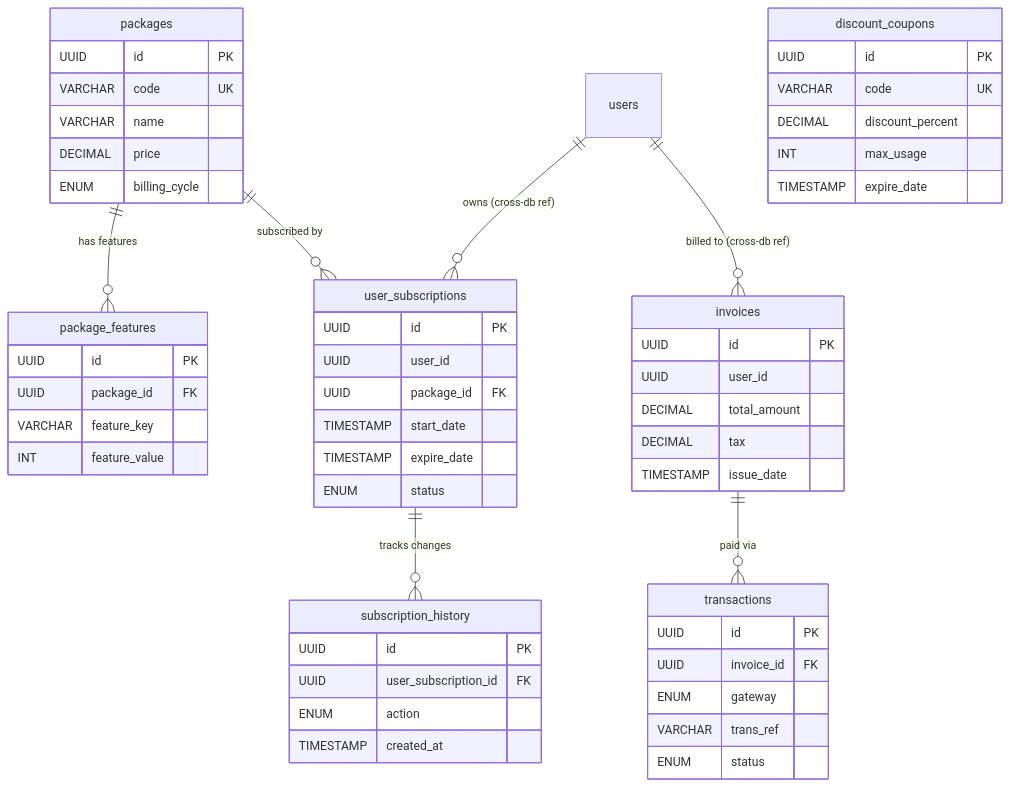
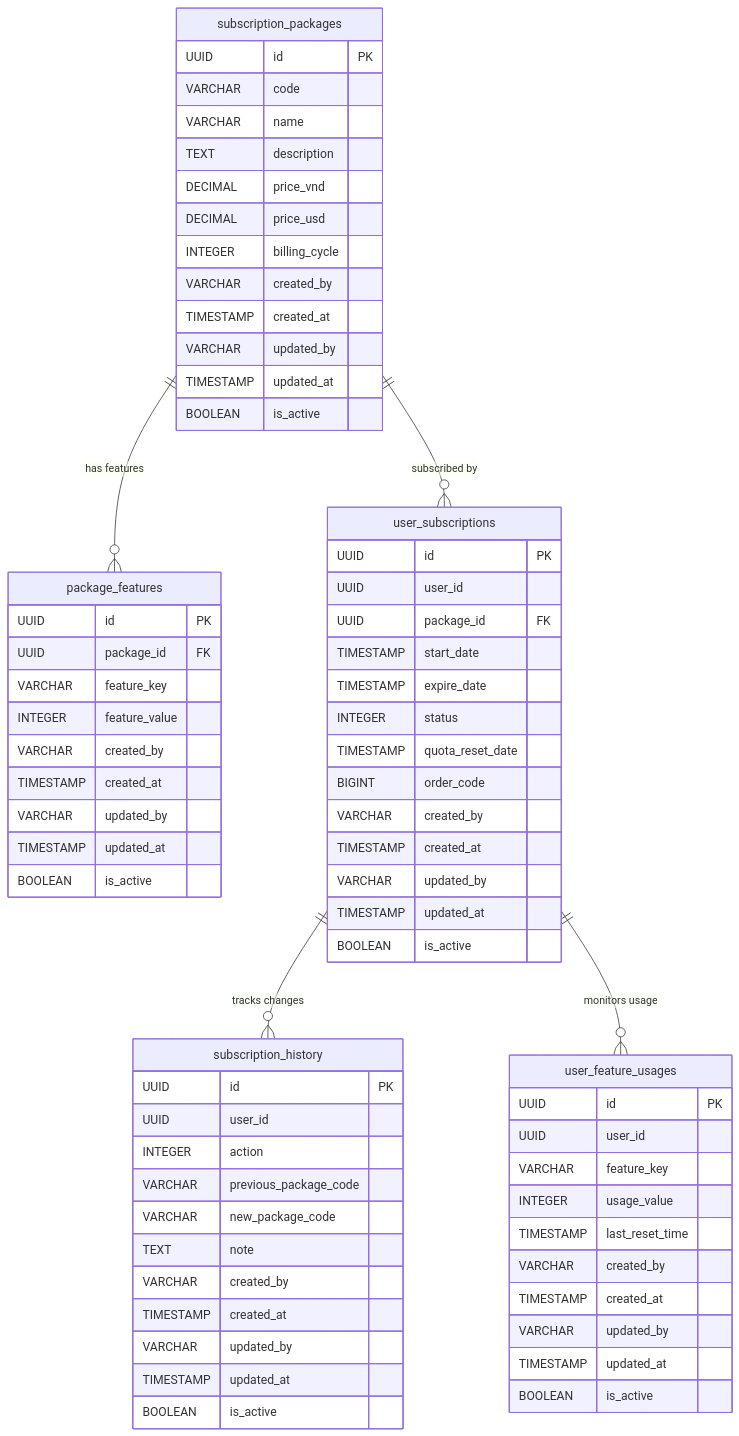
One commit to ChuNgocThang2704/AI-Slide-Generator changed the sixth of 8 diagrams in README.md. Above: the diagram before and after it, drawn with Mermaid. The commit also changed other lines of this file and 74 other files, not shown here.

````diff
--- a/README.md
+++ b/README.md
@@ -421,58 +324,73 @@
 ```mermaid
 erDiagram
-    packages ||--o{ package_features : "has features"
-    packages ||--o{ user_subscriptions : "subscribed by"
+    subscription_packages ||--o{ package_features : "has features"
+    subscription_packages ||--o{ user_subscriptions : "subscribed by"
     user_subscriptions ||--o{ subscription_history : "tracks changes"
-    users ||--o{ user_subscriptions : "owns (cross-db ref)"
-    users ||--o{ invoices : "billed to (cross-db ref)"
-    invoices ||--o{ transactions : "paid via"
+    user_subscriptions ||--o{ user_feature_usages : "monitors usage"
 
-    packages {
+    subscription_packages {
         UUID id PK
-        VARCHAR code UK
+        VARCHAR code
         VARCHAR name
-        DECIMAL price
-        ENUM billing_cycle
+        TEXT description
+        DECIMAL price_vnd
+        DECIMAL price_usd
+        INTEGER billing_cycle
+        VARCHAR created_by
+        TIMESTAMP created_at
+        VARCHAR updated_by
+        TIMESTAMP updated_at
+        BOOLEAN is_active
     }
     package_features {
         UUID id PK
         UUID package_id FK
         VARCHAR feature_key
-        INT feature_value
+        INTEGER feature_value
+        VARCHAR created_by
+        TIMESTAMP created_at
+        VARCHAR updated_by
+        TIMESTAMP updated_at
+        BOOLEAN is_active
     }
     user_subscriptions {
         UUID id PK
         UUID user_id
         UUID package_id FK
         TIMESTAMP start_date
         TIMESTAMP expire_date
-        ENUM status
+        INTEGER status
+        TIMESTAMP quota_reset_date
+        BIGINT order_code
+        VARCHAR created_by
+        TIMESTAMP created_at
+        VARCHAR updated_by
+        TIMESTAMP updated_at
+        BOOLEAN is_active
+    }
+    user_feature_usages {
+        UUID id PK
+        UUID user_id
+        VARCHAR feature_key
+        INTEGER usage_value
+        TIMESTAMP last_reset_time
+        VARCHAR created_by
+        TIMESTAMP created_at
+        VARCHAR updated_by
+        TIMESTAMP updated_at
+        BOOLEAN is_active
     }
     subscription_history {
         UUID id PK
-        UUID user_subscription_id FK
-        ENUM action
+        UUID user_id
+        INTEGER action
+        VARCHAR previous_package_code
+        VARCHAR new_package_code
+        TEXT note
+        VARCHAR created_by
         TIMESTAMP created_at
-    }
-    invoices {
-        UUID id PK
-        UUID user_id
-        DECIMAL total_amount
-        DECIMAL tax
-        TIMESTAMP issue_date
-    }
-    transactions {
-        UUID id PK
-        UUID invoice_id FK
-        ENUM gateway
-        VARCHAR trans_ref
-        ENUM status
-    }
-    discount_coupons {
-        UUID id PK
-        VARCHAR code UK
-        DECIMAL discount_percent
-        INT max_usage
-        TIMESTAMP expire_date
+        VARCHAR updated_by
+        TIMESTAMP updated_at
+        BOOLEAN is_active
     }
 ```
````
